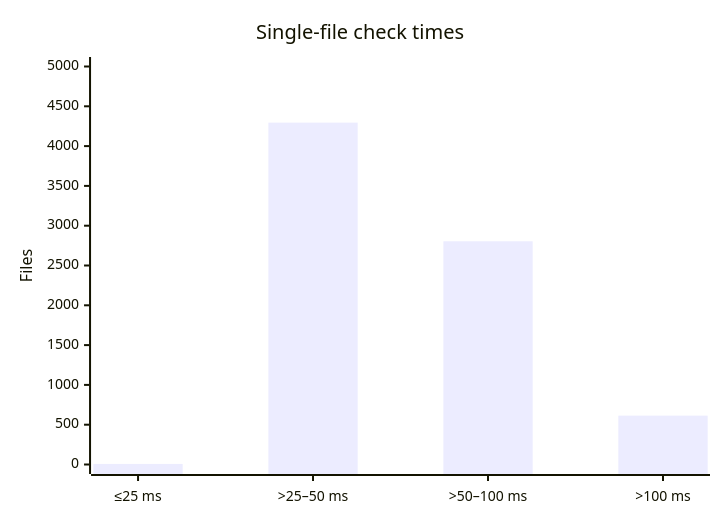
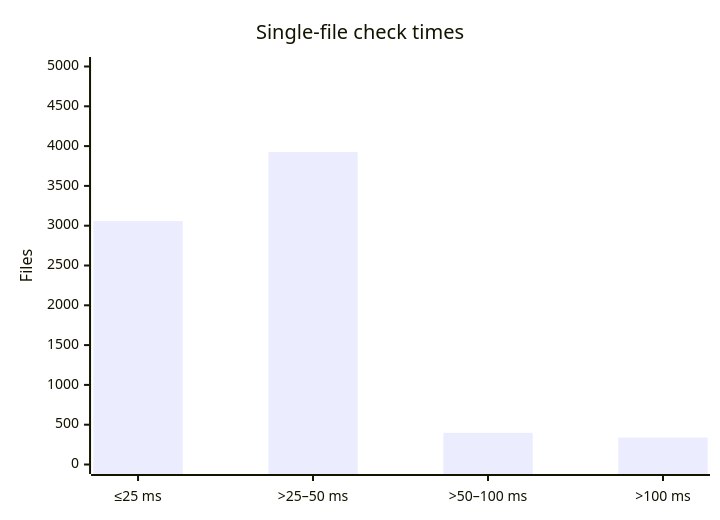
One commit to PrimeX-06/tift changed the diagram in README.md. Above: the diagram before and after it, drawn with Mermaid. The commit also changed other lines of this file, not shown here.

````diff
--- a/README.md
+++ b/README.md
@@ -46,7 +46,7 @@
 ```mermaid
 xychart-beta
     title "Single-file check times"
     x-axis ["≤25 ms", ">25–50 ms", ">50–100 ms", ">100 ms"]
     y-axis "Files" 0 --> 5000
-    bar [7, 4295, 2804, 614]
+    bar [3058, 3925, 398, 339]
 ```
````
